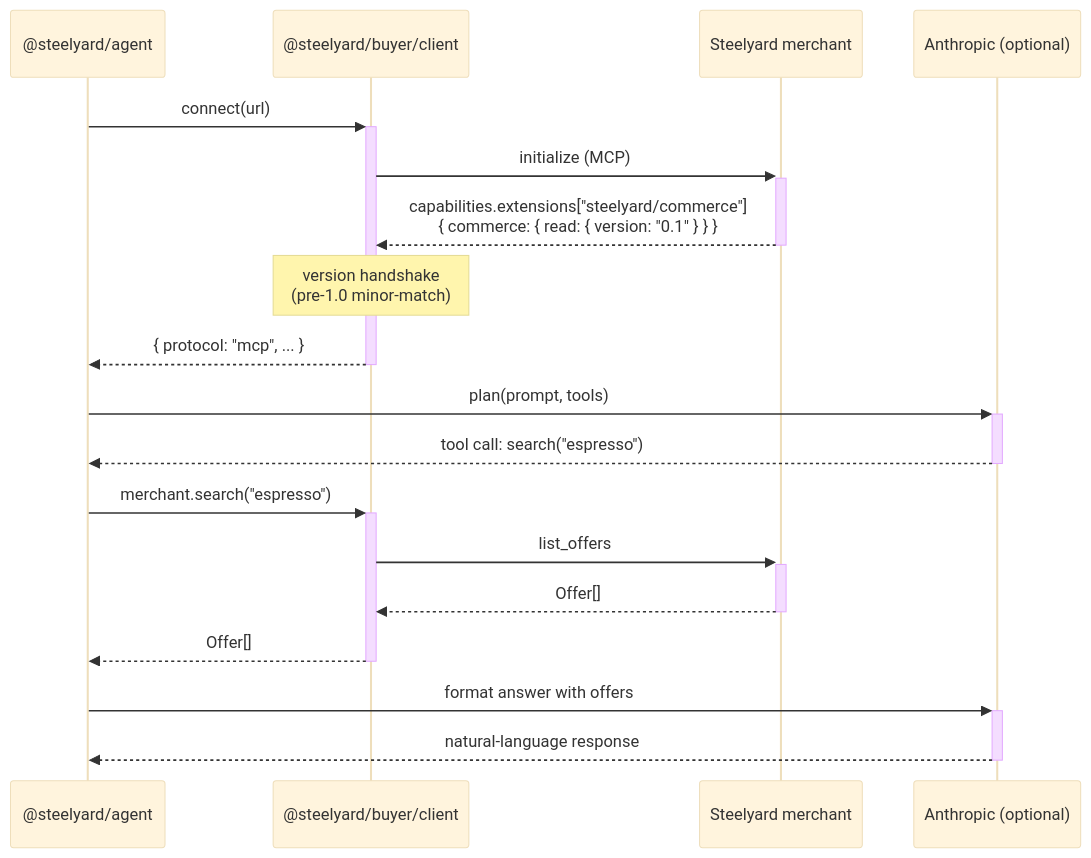
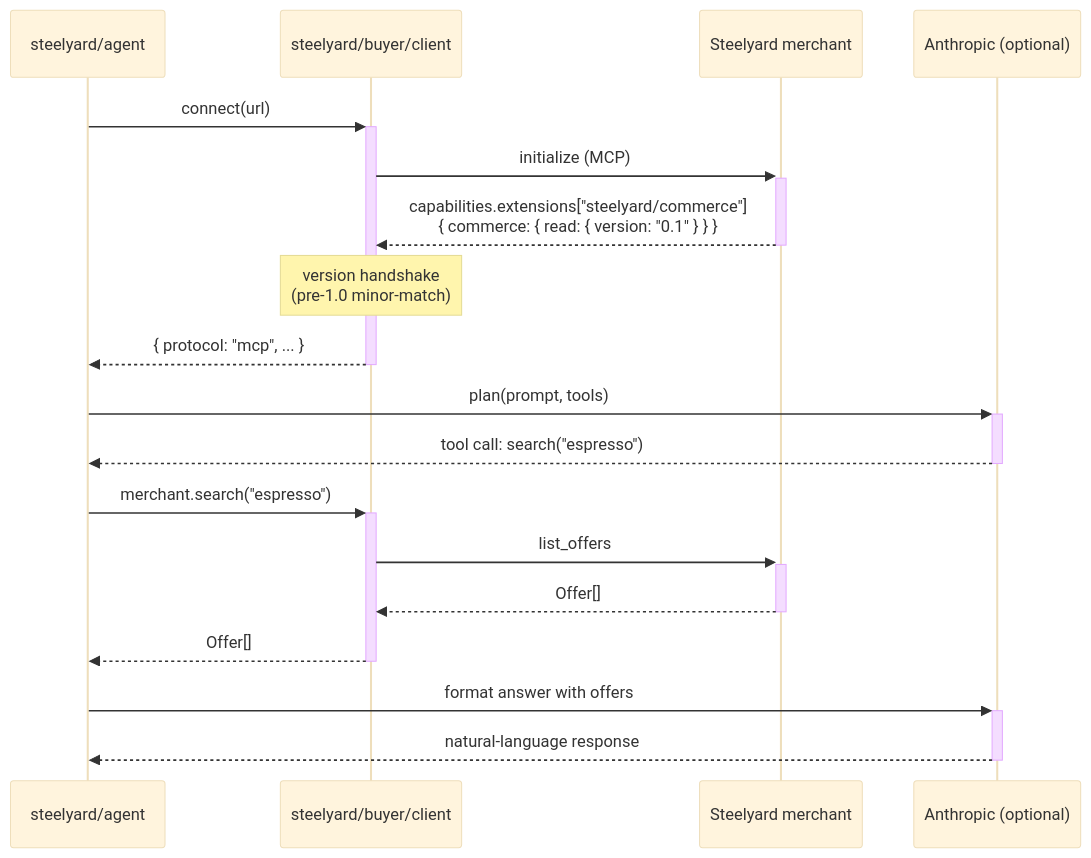
The second of 3 diagrams in docs/architecture.md (steelyard-dev/steelyard-sdk), drawn with Mermaid (base theme) before and after one commit. The commit also changed other lines of this file and 277 other files, not shown here.

````diff
--- a/docs/architecture.md
+++ b/docs/architecture.md
@@ -52,24 +52,24 @@
 ```mermaid
 sequenceDiagram
-  participant Agent as @steelyard/agent
-  participant Client as @steelyard/buyer/client
+  participant Agent as steelyard/agent
+  participant Client as steelyard/buyer/client
   participant Merchant as Steelyard merchant
   participant LLM as Anthropic (optional)
 
   Agent->>+Client: connect(url)
   Client->>+Merchant: initialize (MCP)
   Merchant-->>-Client: capabilities.extensions["steelyard/commerce"]<br/>{ commerce: { read: { version: "0.1" } } }
   Note over Client: version handshake<br/>(pre-1.0 minor-match)
   Client-->>-Agent: { protocol: "mcp", ... }
 
   Agent->>+LLM: plan(prompt, tools)
   LLM-->>-Agent: tool call: search("espresso")
 
   Agent->>+Client: merchant.search("espresso")
   Client->>+Merchant: list_offers
   Merchant-->>-Client: Offer[]
   Client-->>-Agent: Offer[]
 
   Agent->>+LLM: format answer with offers
   LLM-->>-Agent: natural-language response
 ```
````
